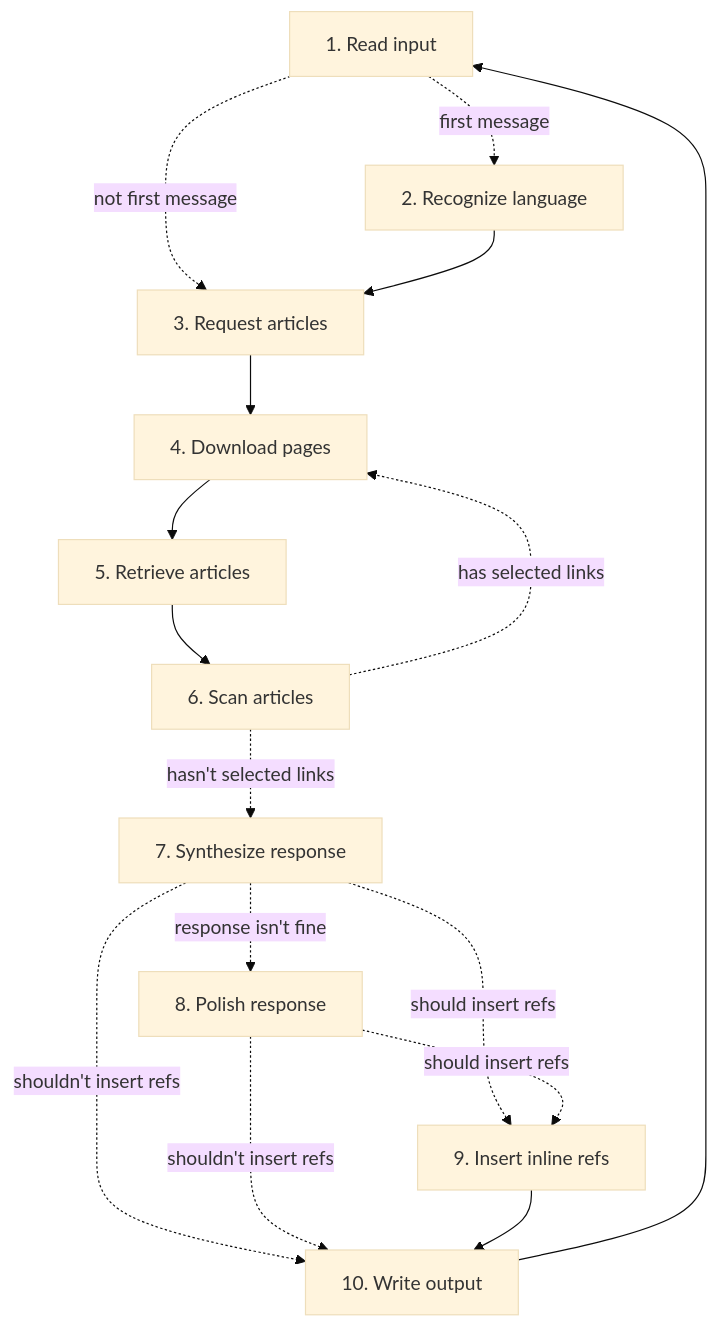
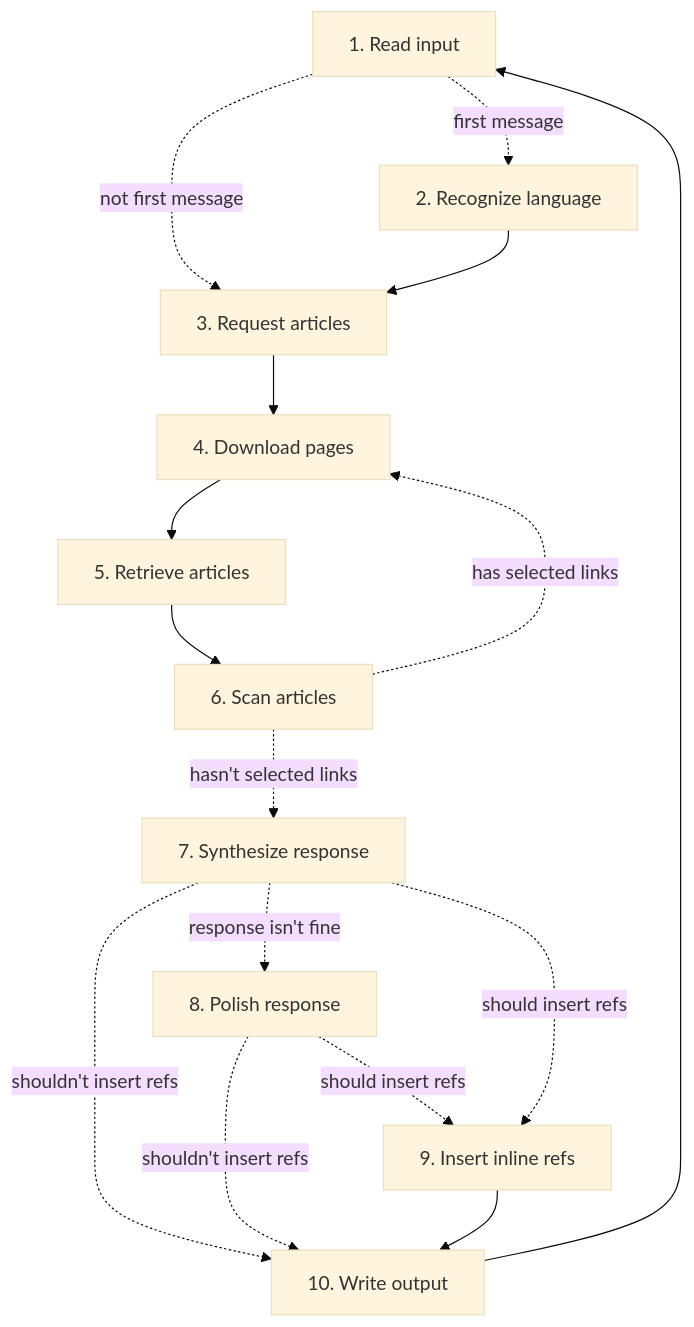
The diagram in README.md (n-govorukhin/WikiEtymoBot), drawn with Mermaid (base theme) before and after one commit. The commit also changed other lines of this file, not shown here.

````diff
--- a/README.md
+++ b/README.md
@@ -289,31 +289,31 @@
 ```mermaid
 flowchart TB
 
 read_input["1. Read input"]
 recognize_language["2. Recognize language"]
 request_articles["3. Request articles"]
 download_pages["4. Download pages"]
 retrieve_articles["5. Retrieve articles"]
 scan_articles["6. Scan articles"]
 synthesize_response["7. Synthesize response"]
 polish_response["8. Polish response"]
 insert_inline_refs["9. Insert inline refs"]
 write_output["10. Write output"]
 
 
 read_input -. not first message .-> request_articles
 read_input -. first message .-> recognize_language
 recognize_language --> request_articles
 request_articles --> download_pages
 download_pages --> retrieve_articles
 retrieve_articles --> scan_articles
 scan_articles -. has selected links .-> download_pages
 scan_articles -. hasn't selected links .-> synthesize_response
 synthesize_response -. response isn't fine .-> polish_response
 synthesize_response -. shouldn't insert refs .-> write_output
+polish_response -. should insert refs .-> insert_inline_refs
 synthesize_response -. should insert refs .-> insert_inline_refs
-polish_response -. should insert refs .-> insert_inline_refs
 polish_response -. shouldn't insert refs .-> write_output
 insert_inline_refs --> write_output
 write_output --> read_input
 ```
````
